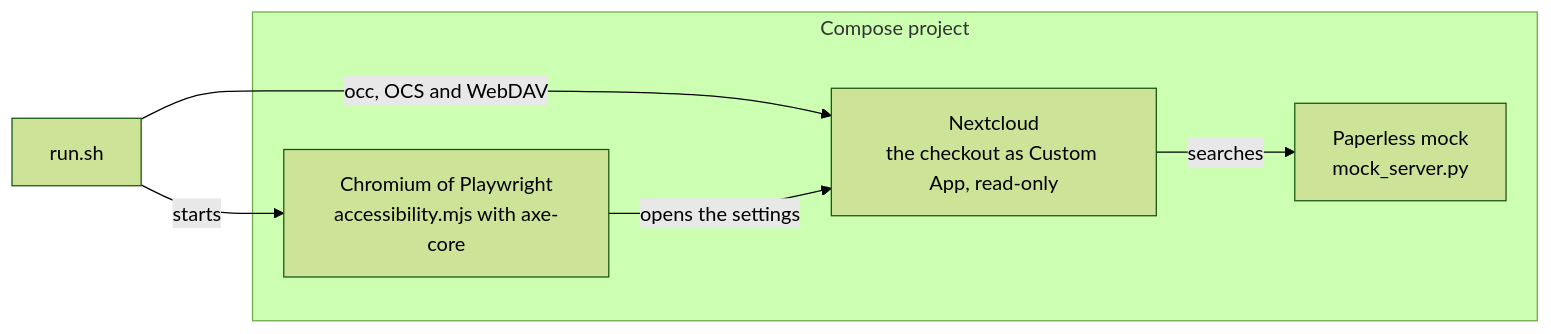
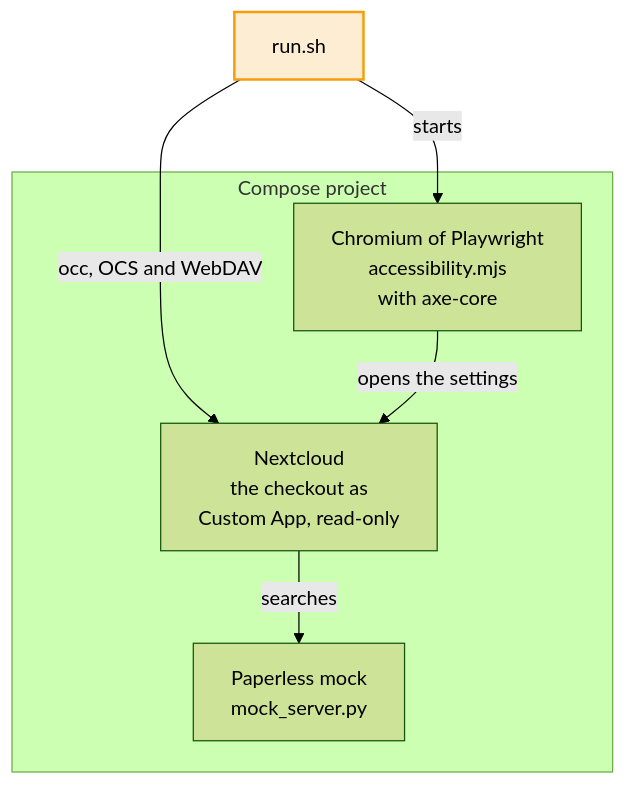
Before and after one commit to Dennis-Otto/paperless-unified-search: the diagram in tests/e2e/README.md, drawn with Mermaid (forest theme). The commit also changed 9 other files, not shown here.

First line of the commit message:
docs: accessible top-to-bottom diagrams and two new ones

````diff
--- a/tests/e2e/README.md
+++ b/tests/e2e/README.md
@@ -5,13 +5,25 @@
 ```mermaid
-flowchart LR
+---
+config:
+  flowchart:
+    wrappingWidth: 400
+    nodeSpacing: 30
+---
+flowchart TB
+    accTitle: The end-to-end tests
+    accDescr: run.sh starts a Compose project with Nextcloud, which has the checkout as a read-only Custom App, a mock of Paperless, mock_server.py, and the Chromium of Playwright with accessibility.mjs and axe-core. run.sh drives Nextcloud through occ, OCS and WebDAV and starts the browser; Nextcloud searches the mock, and the browser opens the settings of the app.
+
     run["run.sh"]
     subgraph compose["Compose project"]
-        nextcloud["Nextcloud<br/>the checkout as Custom App, read-only"]
+        nextcloud["Nextcloud<br/>the checkout as<br/>Custom App, read-only"]
         mock["Paperless mock<br/>mock_server.py"]
-        browser["Chromium of Playwright<br/>accessibility.mjs with axe-core"]
+        browser["Chromium of Playwright<br/>accessibility.mjs<br/>with axe-core"]
     end
     run -- "occ, OCS and WebDAV" --> nextcloud
     run -- "starts" --> browser
     nextcloud -- "searches" --> mock
     browser -- "opens the settings" --> nextcloud
+
+    classDef person fill:#f59e0b2e,stroke:#f59e0b,stroke-width:2px
+    class run person
 ```
````
